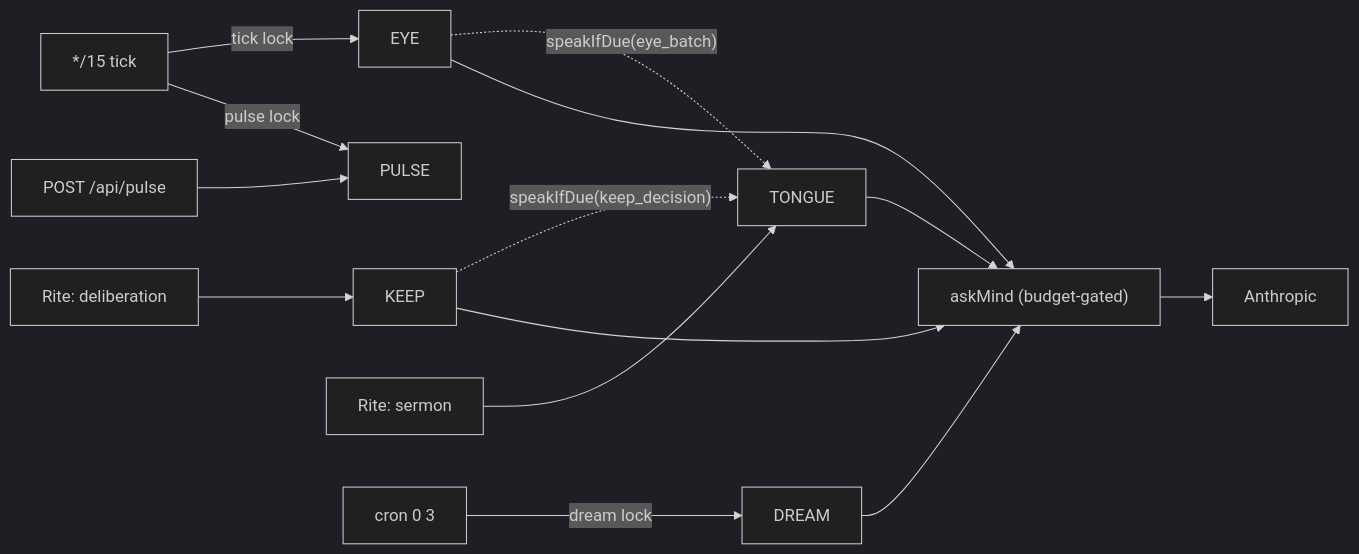
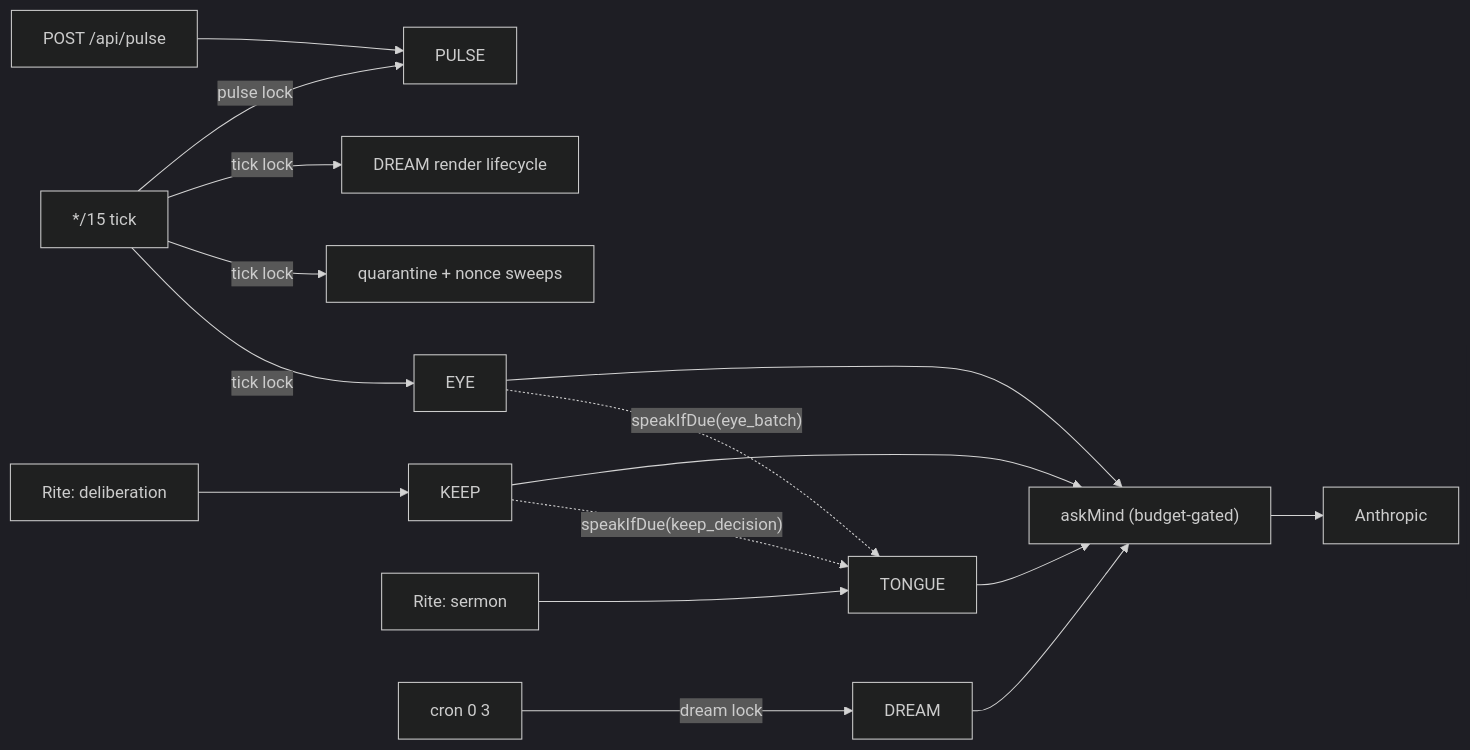
Before and after one commit to AIEngineerX/pleroma-public: the second of 5 diagrams in ARCHITECTURE.md, drawn with Mermaid (dark theme). The commit also changed other lines of this file and 3 other files, not shown here.

````diff
--- a/ARCHITECTURE.md
+++ b/ARCHITECTURE.md
@@ -140,13 +143,13 @@
 ```mermaid
 flowchart LR
-    Tick["*/15 tick"] -->|tick lock| EYE
+    Tick["*/15 tick"] -->|tick lock| EYE & Sweep["quarantine + nonce sweeps"] & Render["DREAM render lifecycle"]
     Tick -->|pulse lock| PULSE
     Rite["Rite: deliberation"] --> KEEP
     Rite2["Rite: sermon"] --> TONGUE
     Cron03["cron 0 3"] -->|dream lock| DREAM
     EYE -. speakIfDue(eye_batch) .-> TONGUE
     KEEP -. speakIfDue(keep_decision) .-> TONGUE
     Webhook["POST /api/pulse"] --> PULSE
     EYE & KEEP & TONGUE & DREAM --> askMind["askMind (budget-gated)"]
     askMind --> Anthropic
 ```
````
